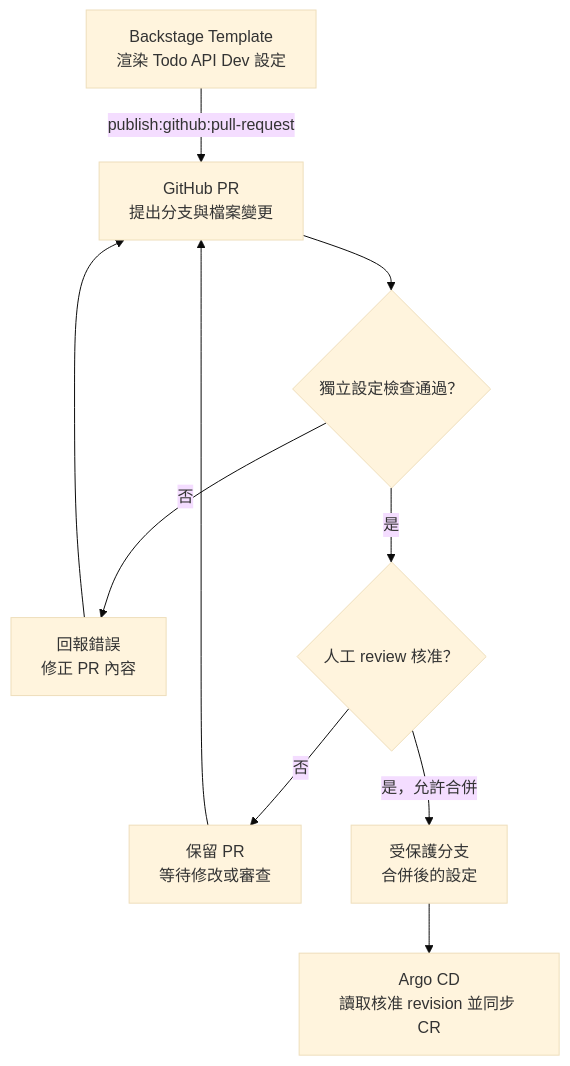
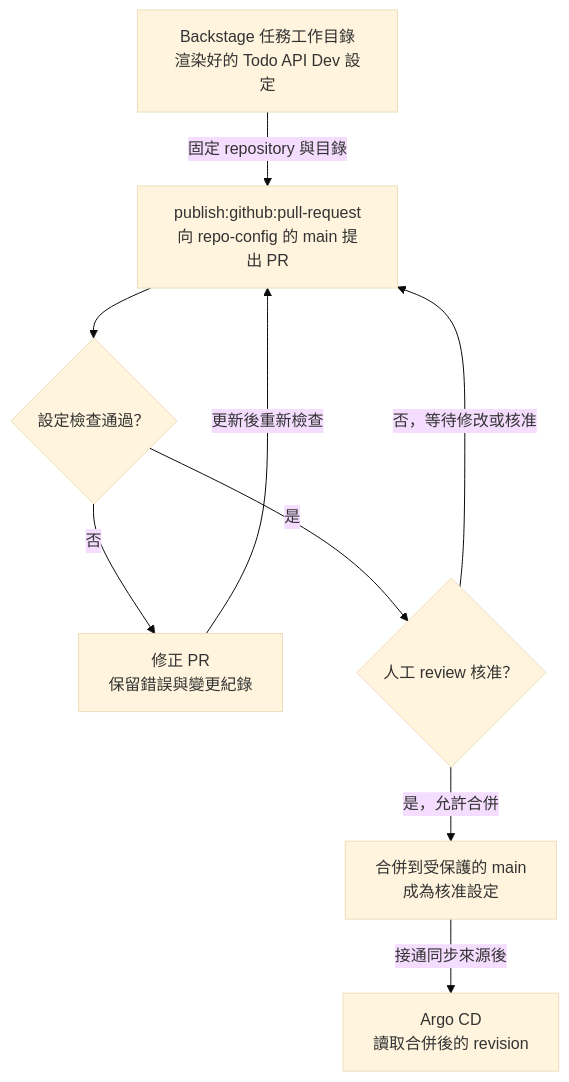
Before and after one commit to yrw9281/IT30.Platform.Engineering: the diagram in doc/zh-tw/D24.md, drawn with Mermaid (base theme). The commit also changed other lines of this file and 16 other files, not shown here.

````diff
--- a/doc/zh-tw/D24.md
+++ b/doc/zh-tw/D24.md
@@ -45,21 +78,19 @@
 ```mermaid
 flowchart TD
-    Template["Backstage Template<br/>渲染 Todo API Dev 設定"]
-    PR["GitHub PR<br/>提出分支與檔案變更"]
-    Checks{"獨立設定檢查通過？"}
-    Fix["回報錯誤<br/>修正 PR 內容"]
+    Files["Backstage 任務工作目錄<br/>渲染好的 Todo API Dev 設定"]
+    PR["publish:github:pull-request<br/>向 repo-config 的 main 提出 PR"]
+    Checks{"設定檢查通過？"}
+    Fix["修正 PR<br/>保留錯誤與變更紀錄"]
     Review{"人工 review 核准？"}
-    Pending["保留 PR<br/>等待修改或審查"]
-    Main["受保護分支<br/>合併後的設定"]
-    Argo["Argo CD<br/>讀取核准 revision 並同步 CR"]
+    Main["合併到受保護的 main<br/>成為核准設定"]
+    Argo["Argo CD<br/>讀取合併後的 revision"]
 
-    Template -->|"publish:github:pull-request"| PR
+    Files -->|"固定 repository 與目錄"| PR
     PR --> Checks
     Checks -->|"否"| Fix
-    Fix --> PR
+    Fix -->|"更新後重新檢查"| PR
     Checks -->|"是"| Review
-    Review -->|"否"| Pending
-    Pending --> PR
+    Review -->|"否，等待修改或核准"| PR
     Review -->|"是，允許合併"| Main
-    Main --> Argo
+    Main -->|"接通同步來源後"| Argo
 ```
````
